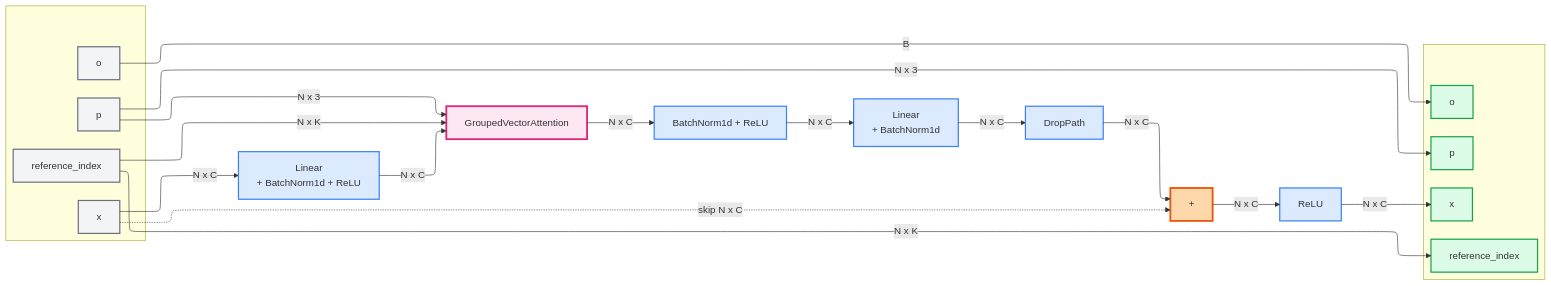
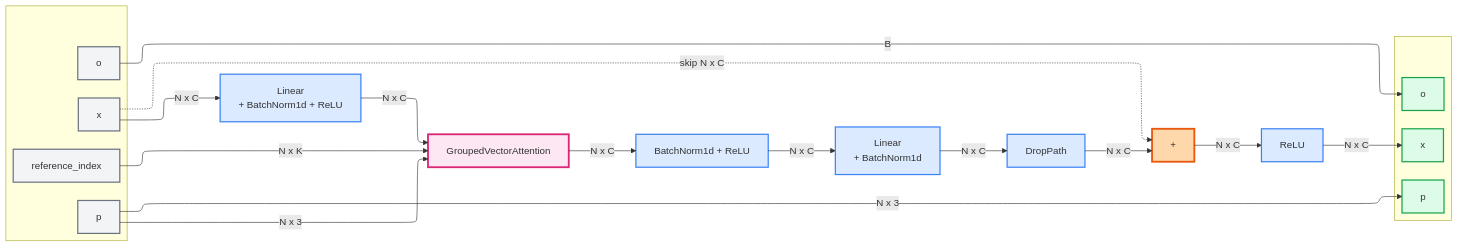
One commit to antoineach/antoineach.github.io changed the diagram in assets/img/poinTransformerV2/block.md. Above: the diagram before and after it, drawn with Mermaid.

````diff
--- a/assets/img/poinTransformerV2/block.md
+++ b/assets/img/poinTransformerV2/block.md
@@ -1,63 +1,60 @@
 ```mermaid
 ---
 config:
   layout: elk
 ---
 graph LR
     subgraph InputPXO[" "]
         p["p"]
         x["x"]
         o["o"]
         ref["reference_index"]
     end
     
     x -->|N x C| FC1["Linear<br>+ BatchNorm1d + ReLU"]
     
     FC1 -->|N x C| GVA["GroupedVectorAttention"]
     
     p -->|N x 3| GVA
     ref -->|N x K| GVA
     
     GVA -->|N x C| Norm2["BatchNorm1d + ReLU"]
     Norm2 -->|N x C| FC3["Linear<br>+ BatchNorm1d"]
     
     FC3 -->|N x C| DropPath["DropPath"]
     DropPath -->|N x C| Add["+"]
     x -.skip N x C.-> Add
     
     Add -->|N x C| ReLU["ReLU"]
     
     subgraph OutputPXO[" "]
         pout["p"]
         xout["x"]
         oout_t["o"]
-        oout["reference_index"]
     end
     
     p -->|N x 3| pout
     ReLU -->|N x C| xout
 
     o --> |B| oout_t
-    ref -->|N x K| oout
     
     style p fill:#f3f4f6,stroke:#6b7280,stroke-width:2px
     style x fill:#f3f4f6,stroke:#6b7280,stroke-width:2px
     style o fill:#f3f4f6,stroke:#6b7280,stroke-width:2px
     style ref fill:#f3f4f6,stroke:#6b7280,stroke-width:2px
     
     style FC1 fill:#dbeafe,stroke:#3b82f6,stroke-width:2px
     
     style GVA fill:#fce7f3,stroke:#db2777,stroke-width:3px
     
     style Norm2 fill:#dbeafe,stroke:#3b82f6,stroke-width:2px
     style FC3 fill:#dbeafe,stroke:#3b82f6,stroke-width:2px
     style DropPath fill:#dbeafe,stroke:#3b82f6,stroke-width:2px
     
     style Add fill:#fed7aa,stroke:#ea580c,stroke-width:3px
     style ReLU fill:#dbeafe,stroke:#3b82f6,stroke-width:2px
     
     style pout fill:#dcfce7,stroke:#16a34a,stroke-width:2px
     style xout fill:#dcfce7,stroke:#16a34a,stroke-width:2px
     style oout_t fill:#dcfce7,stroke:#16a34a,stroke-width:2px
-    style oout fill:#dcfce7,stroke:#16a34a,stroke-width:2px
 ```
````
